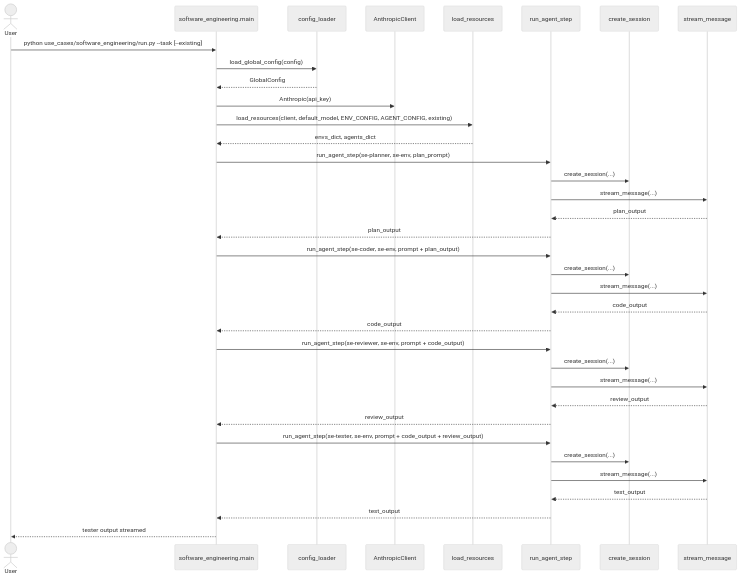
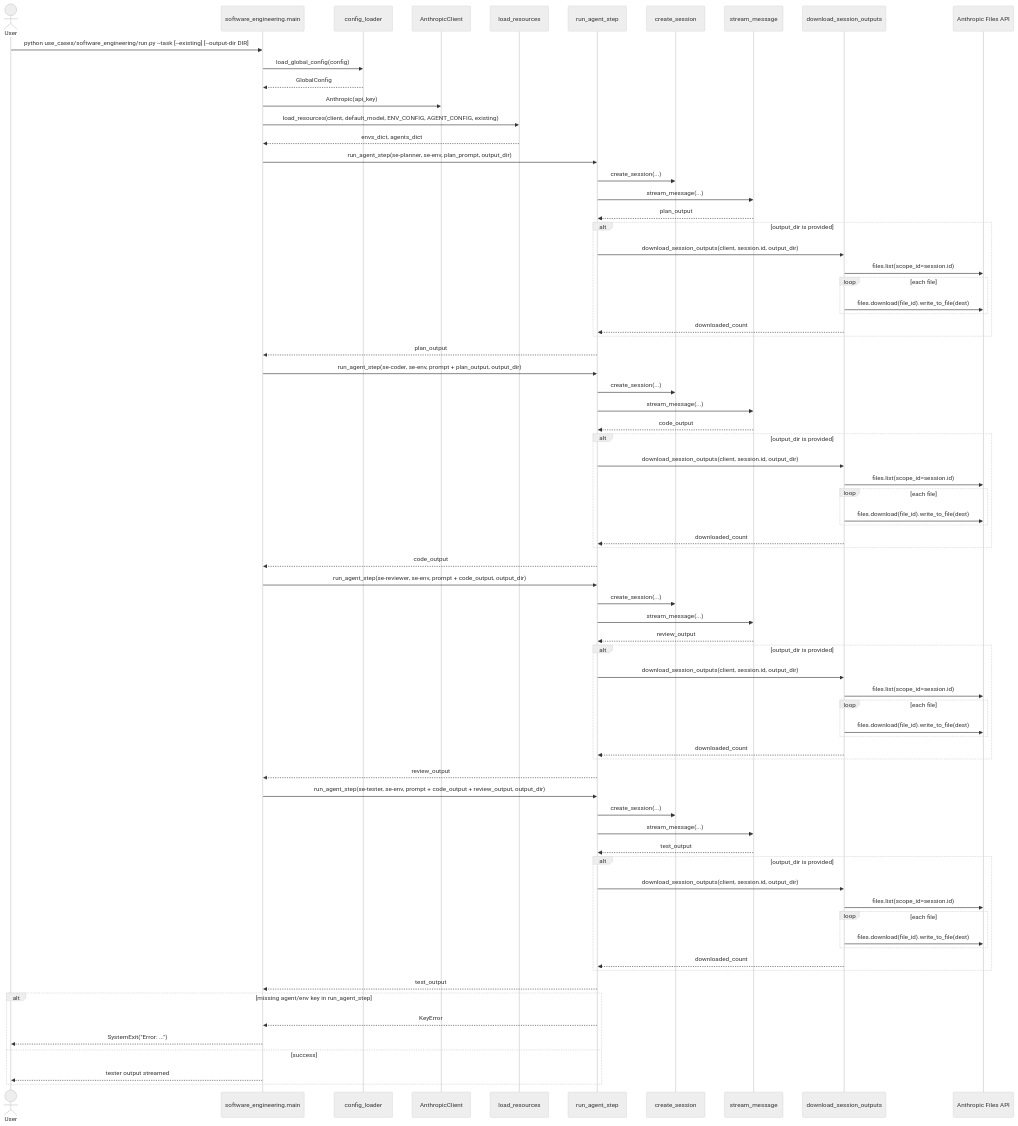
One commit to william-coronado/claude-managed-agents changed the diagram in docs/sequence_diagram_software_engineering.mmd. Above: the diagram before and after it, drawn with Mermaid (neutral theme). The commit also changed 3 other files, not shown here.

Commit message:
Enhance sequence diagrams and add output directory support for content creator and software engineering pipelines

```diff
--- a/docs/sequence_diagram_software_engineering.mmd
+++ b/docs/sequence_diagram_software_engineering.mmd
@@ -1,42 +1,81 @@
 sequenceDiagram
     actor User
     participant SE as software_engineering.main
     participant CL as config_loader
     participant A as AnthropicClient
     participant L as load_resources
     participant P as run_agent_step
     participant S as create_session
     participant M as stream_message
+    participant D as download_session_outputs
+    participant F as Anthropic Files API
 
-    User ->> SE: python use_cases/software_engineering/run.py --task [--existing]
+    User ->> SE: python use_cases/software_engineering/run.py --task [--existing] [--output-dir DIR]
     SE ->> CL: load_global_config(config)
     CL -->> SE: GlobalConfig
     SE ->> A: Anthropic(api_key)
     SE ->> L: load_resources(client, default_model, ENV_CONFIG, AGENT_CONFIG, existing)
     L -->> SE: envs_dict, agents_dict
 
-    SE ->> P: run_agent_step(se-planner, se-env, plan_prompt)
+    SE ->> P: run_agent_step(se-planner, se-env, plan_prompt, output_dir)
     P ->> S: create_session(...)
     P ->> M: stream_message(...)
     M -->> P: plan_output
+    alt output_dir is provided
+        P ->> D: download_session_outputs(client, session.id, output_dir)
+        D ->> F: files.list(scope_id=session.id)
+        loop each file
+            D ->> F: files.download(file_id).write_to_file(dest)
+        end
+        D -->> P: downloaded_count
+    end
     P -->> SE: plan_output
 
-    SE ->> P: run_agent_step(se-coder, se-env, prompt + plan_output)
+    SE ->> P: run_agent_step(se-coder, se-env, prompt + plan_output, output_dir)
     P ->> S: create_session(...)
     P ->> M: stream_message(...)
     M -->> P: code_output
+    alt output_dir is provided
+        P ->> D: download_session_outputs(client, session.id, output_dir)
+        D ->> F: files.list(scope_id=session.id)
+        loop each file
+            D ->> F: files.download(file_id).write_to_file(dest)
+        end
+        D -->> P: downloaded_count
+    end
     P -->> SE: code_output
 
-    SE ->> P: run_agent_step(se-reviewer, se-env, prompt + code_output)
+    SE ->> P: run_agent_step(se-reviewer, se-env, prompt + code_output, output_dir)
     P ->> S: create_session(...)
     P ->> M: stream_message(...)
     M -->> P: review_output
+    alt output_dir is provided
+        P ->> D: download_session_outputs(client, session.id, output_dir)
+        D ->> F: files.list(scope_id=session.id)
+        loop each file
+            D ->> F: files.download(file_id).write_to_file(dest)
+        end
+        D -->> P: downloaded_count
+    end
     P -->> SE: review_output
 
-    SE ->> P: run_agent_step(se-tester, se-env, prompt + code_output + review_output)
+    SE ->> P: run_agent_step(se-tester, se-env, prompt + code_output + review_output, output_dir)
     P ->> S: create_session(...)
     P ->> M: stream_message(...)
     M -->> P: test_output
+    alt output_dir is provided
+        P ->> D: download_session_outputs(client, session.id, output_dir)
+        D ->> F: files.list(scope_id=session.id)
+        loop each file
+            D ->> F: files.download(file_id).write_to_file(dest)
+        end
+        D -->> P: downloaded_count
+    end
     P -->> SE: test_output
 
+    alt missing agent/env key in run_agent_step
+        P -->> SE: KeyError
+        SE -->> User: SystemExit("Error: ...")
+    else success
     SE -->> User: tester output streamed
+    end
```
